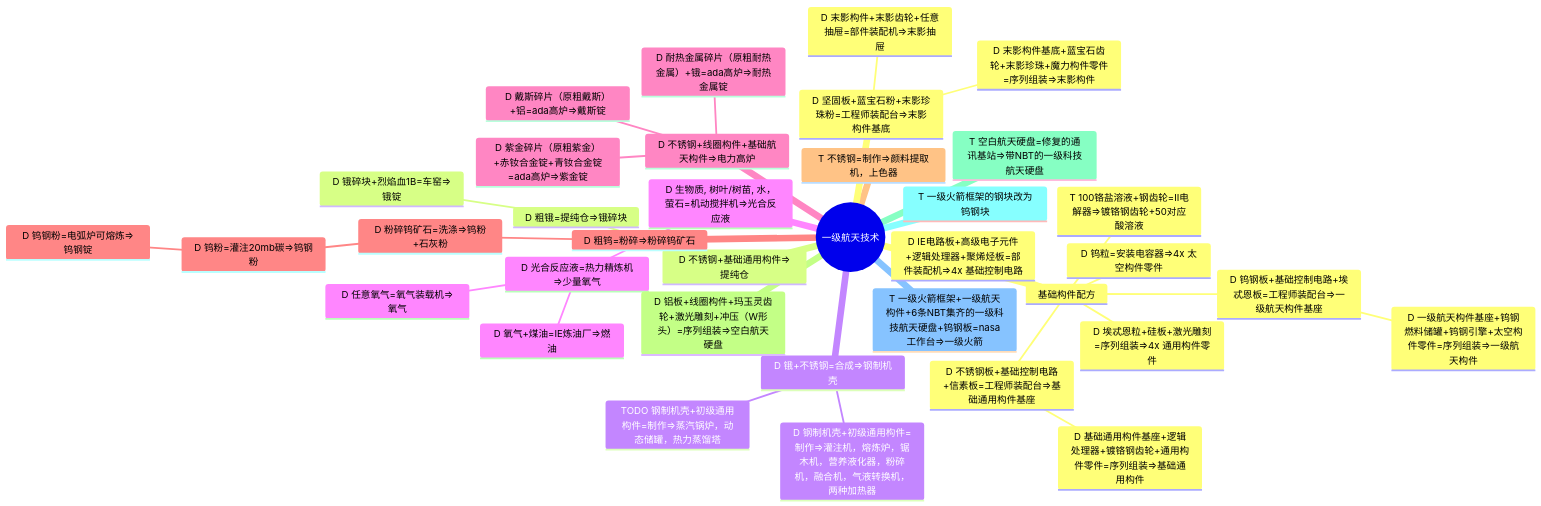
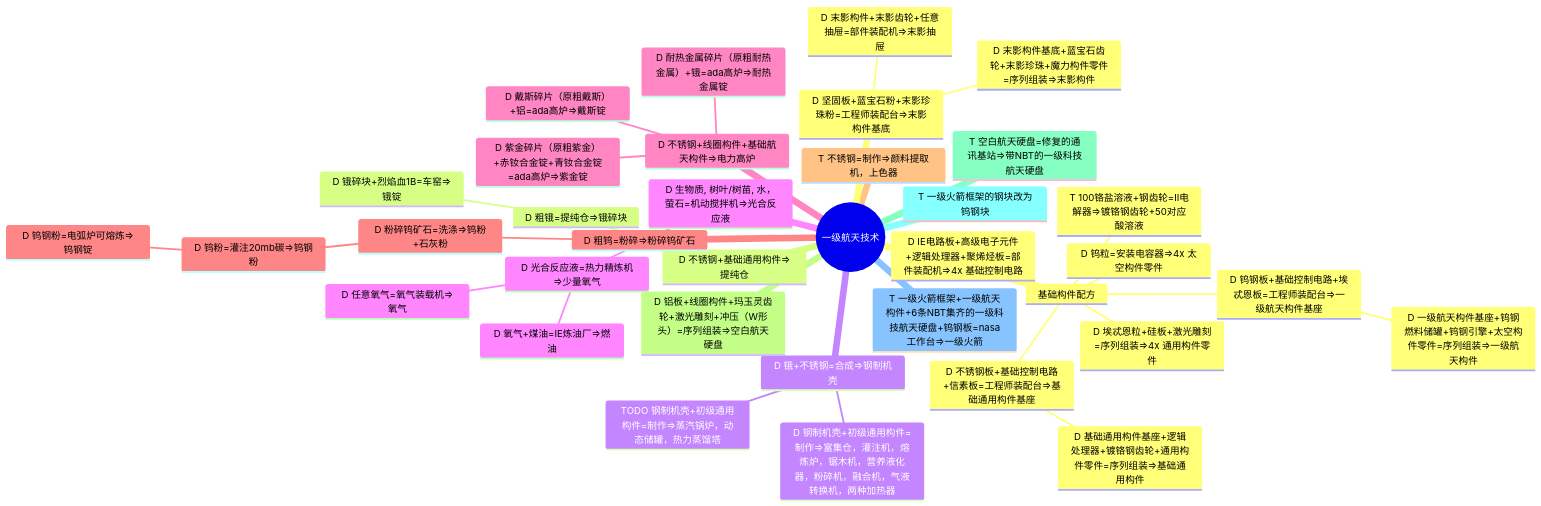
The first of 3 diagrams in Developer/TechTreeMap.md (VechniMetel/CodeNameCIM2), drawn with Mermaid before and after one commit. The commit also changed other lines of this file and 2 other files, not shown here.

````diff
--- a/Developer/TechTreeMap.md
+++ b/Developer/TechTreeMap.md
@@ -5,39 +5,39 @@
 ``` mermaid
 mindmap
     root((一级航天技术))
         基础构件配方
             D IE电路板+高级电子元件+逻辑处理器+聚烯烃板=部件装配机=>4x 基础控制电路
             D 埃忒恩粒+硅板+激光雕刻=序列组装=>4x 通用构件零件
             D 钨粒=安装电容器=>4x 太空构件零件
             T 100铬盐溶液+钢齿轮=II电解器=>镀铬钢齿轮+50对应酸溶液
             D 钨钢板+基础控制电路+埃忒恩板=工程师装配台=>一级航天构件基座
                 D 一级航天构件基座+钨钢燃料储罐+钨钢引擎+太空构件零件=序列组装=>一级航天构件
             D 不锈钢板+基础控制电路+信素板=工程师装配台=>基础通用构件基座
                 D 基础通用构件基座+逻辑处理器+镀铬钢齿轮+通用构件零件=序列组装=>基础通用构件
         D 不锈钢+基础通用构件=>提纯仓
             D 粗锇=提纯仓=>锇碎块
                 D 锇碎块+烈焰血1B=车窑=>锇锭
         D 锇+不锈钢=合成=>钢制机壳
-            D 钢制机壳+初级通用构件=制作=>灌注机，熔炼炉，锯木机，营养液化器，粉碎机，融合机，气液转换机，两种加热器
+            D 钢制机壳+初级通用构件=制作=>富集仓，灌注机，熔炼炉，锯木机，营养液化器，粉碎机，融合机，气液转换机，两种加热器
             TODO 钢制机壳+初级通用构件=制作=>蒸汽锅炉，动态储罐，热力蒸馏塔
         D 生物质, 树叶/树苗, 水，萤石=机动搅拌机=>光合反应液
             D 光合反应液=热力精炼机=>少量氧气
                 D 氧气+煤油=IE炼油厂=>燃油
                 D 任意氧气=氧气装载机=>氧气
         D 不锈钢+线圈构件+基础航天构件=>电力高炉
             D 紫金碎片（原粗紫金）+赤钕合金锭+青钕合金锭=ada高炉=>紫金锭
             D 耐热金属碎片（原粗耐热金属）+锇=ada高炉=>耐热金属锭
             D 戴斯碎片（原粗戴斯）+铝=ada高炉=>戴斯锭
         D 粗钨=粉碎=>粉碎钨矿石
             D 粉碎钨矿石=洗涤=>钨粉+石灰粉
                 D 钨粉=灌注20mb碳=>钨钢粉
                     D 钨钢粉=电弧炉可熔炼=>钨钢锭
         T 不锈钢=制作=>颜料提取机，上色器
         D 铝板+线圈构件+玛玉灵齿轮+激光雕刻+冲压（W形头）=序列组装=>空白航天硬盘
         T 空白航天硬盘=修复的通讯基站=>带NBT的一级科技航天硬盘
         T 一级火箭框架的钢块改为钨钢块
         T 一级火箭框架+一级航天构件+6条NBT集齐的一级科技航天硬盘+钨钢板=nasa工作台=>一级火箭
         D 坚固板+蓝宝石粉+末影珍珠粉=工程师装配台=>末影构件基底
             D 末影构件基底+蓝宝石齿轮+末影珍珠+魔力构件零件=序列组装=>末影构件
             D 末影构件+末影齿轮+任意抽屉=部件装配机=>末影抽屉
 ```
````
